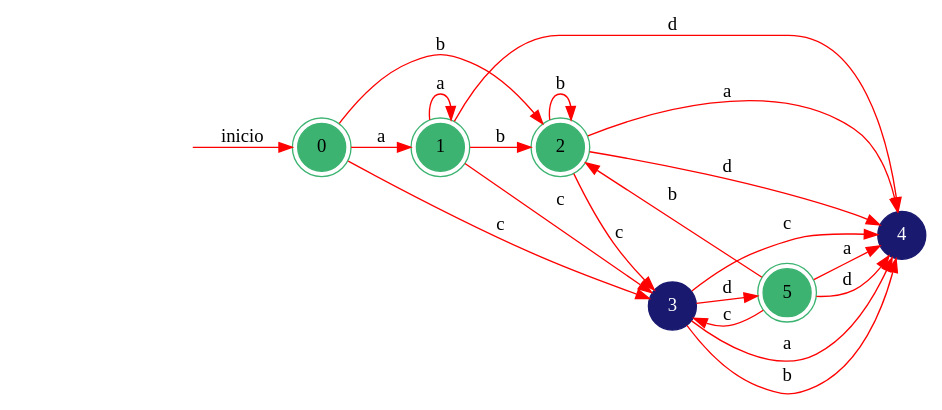
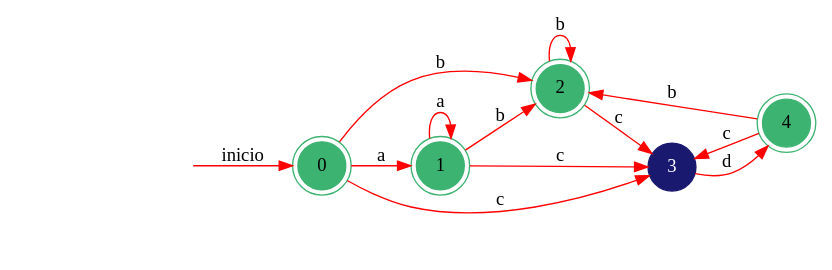
Before and after one commit to fcpauldiaz-archive/Automata: the diagram in GeneracionAutomatas/DOT/test.dot, drawn with Graphviz. The commit also changed 26 other files, not shown here.

```diff
--- a/GeneracionAutomatas/DOT/test.dot
+++ b/GeneracionAutomatas/DOT/test.dot
@@ -1,29 +1,21 @@
 digraph automata_finito {
 	rankdir=LR;
 	size="13,5"
-	node [shape=doublecircle, style = filled,color = mediumseagreen]; 0 1 2 5;
+	node [shape=doublecircle, style = filled,color = mediumseagreen]; 0 1 2 4;
 	node [shape=circle];
 	node [color=midnightblue,fontcolor=white];
 	edge [color=red];
 	 secret_node [style=invis];
 	secret_node -> 0 [label="inicio"];
 	0 -> 1 [label="a"];
 	0 -> 2 [label="b"];
 	0 -> 3 [label="c"];
 	1 -> 1 [label="a"];
 	1 -> 2 [label="b"];
 	1 -> 3 [label="c"];
-	1 -> 4 [label="d"];
-	2 -> 4 [label="a"];
 	2 -> 2 [label="b"];
 	2 -> 3 [label="c"];
-	2 -> 4 [label="d"];
-	3 -> 4 [label="a"];
-	3 -> 4 [label="b"];
-	3 -> 4 [label="c"];
-	3 -> 5 [label="d"];
-	5 -> 4 [label="a"];
-	5 -> 2 [label="b"];
-	5 -> 3 [label="c"];
-	5 -> 4 [label="d"];
+	3 -> 4 [label="d"];
+	4 -> 2 [label="b"];
+	4 -> 3 [label="c"];
 }
```
